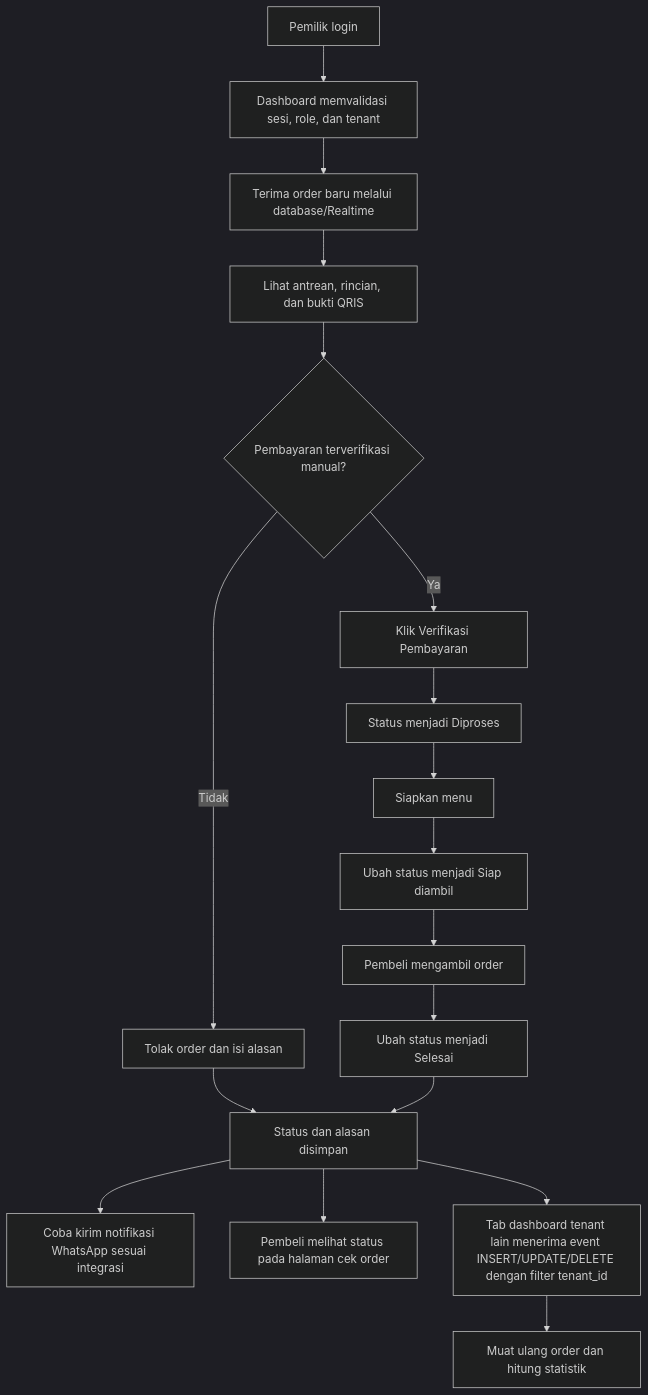
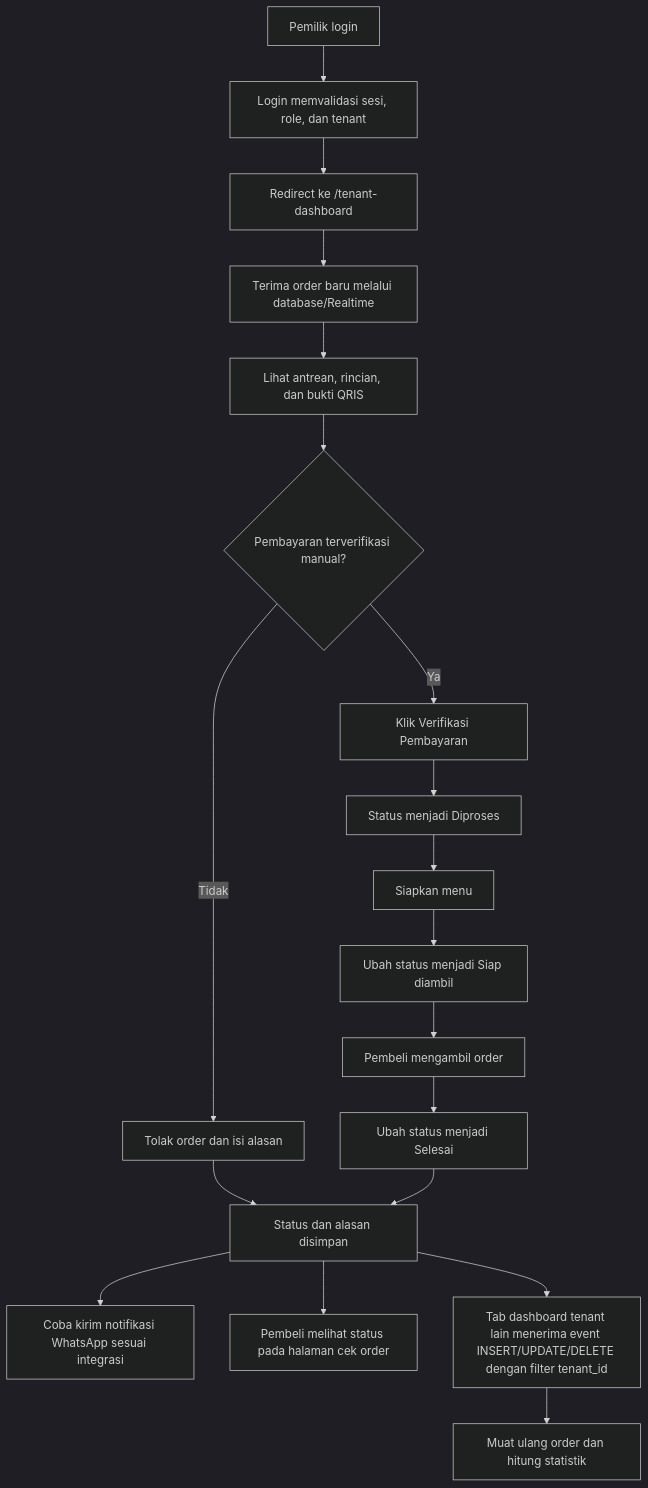
The third of 8 diagrams in FLOWCHART.md (nandayudhistirawibowo/SiKantin), drawn with Mermaid (dark theme) before and after one commit. The commit also changed other lines of this file and 24 other files, not shown here.

````diff
--- a/FLOWCHART.md
+++ b/FLOWCHART.md
@@ -73,20 +80,21 @@
 ```mermaid
 flowchart TD
-    A[Pemilik login] --> B[Dashboard memvalidasi sesi, role, dan tenant]
-    B --> C[Terima order baru melalui database/Realtime]
+    A[Pemilik login] --> B[Login memvalidasi sesi, role, dan tenant]
+    B --> B1[Redirect ke /tenant-dashboard]
+    B1 --> C[Terima order baru melalui database/Realtime]
     C --> D[Lihat antrean, rincian, dan bukti QRIS]
     D --> E{Pembayaran terverifikasi manual?}
     E -- Tidak --> F[Tolak order dan isi alasan]
     E -- Ya --> G[Klik Verifikasi Pembayaran]
     G --> H[Status menjadi Diproses]
     H --> I[Siapkan menu]
     I --> J[Ubah status menjadi Siap diambil]
     J --> K[Pembeli mengambil order]
     K --> L[Ubah status menjadi Selesai]
     F --> M[Status dan alasan disimpan]
     L --> M
     M --> N[Coba kirim notifikasi WhatsApp sesuai integrasi]
     M --> O[Pembeli melihat status pada halaman cek order]
     P[Tab dashboard tenant lain menerima event INSERT/UPDATE/DELETE dengan filter tenant_id] --> Q[Muat ulang order dan hitung statistik]
     M --> P
 ```
````
